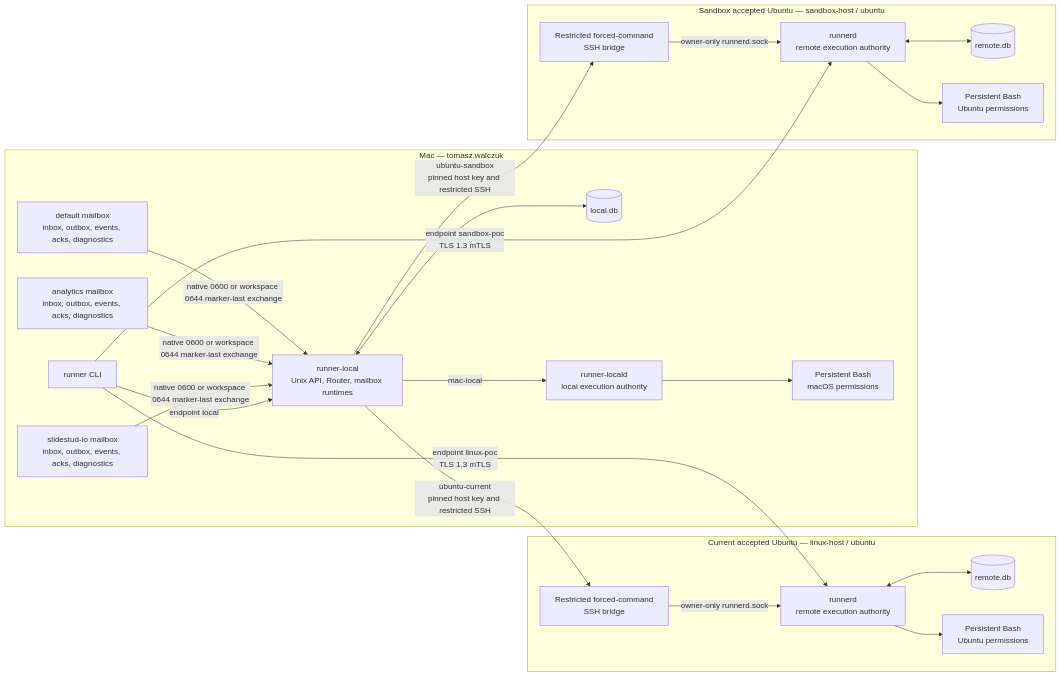
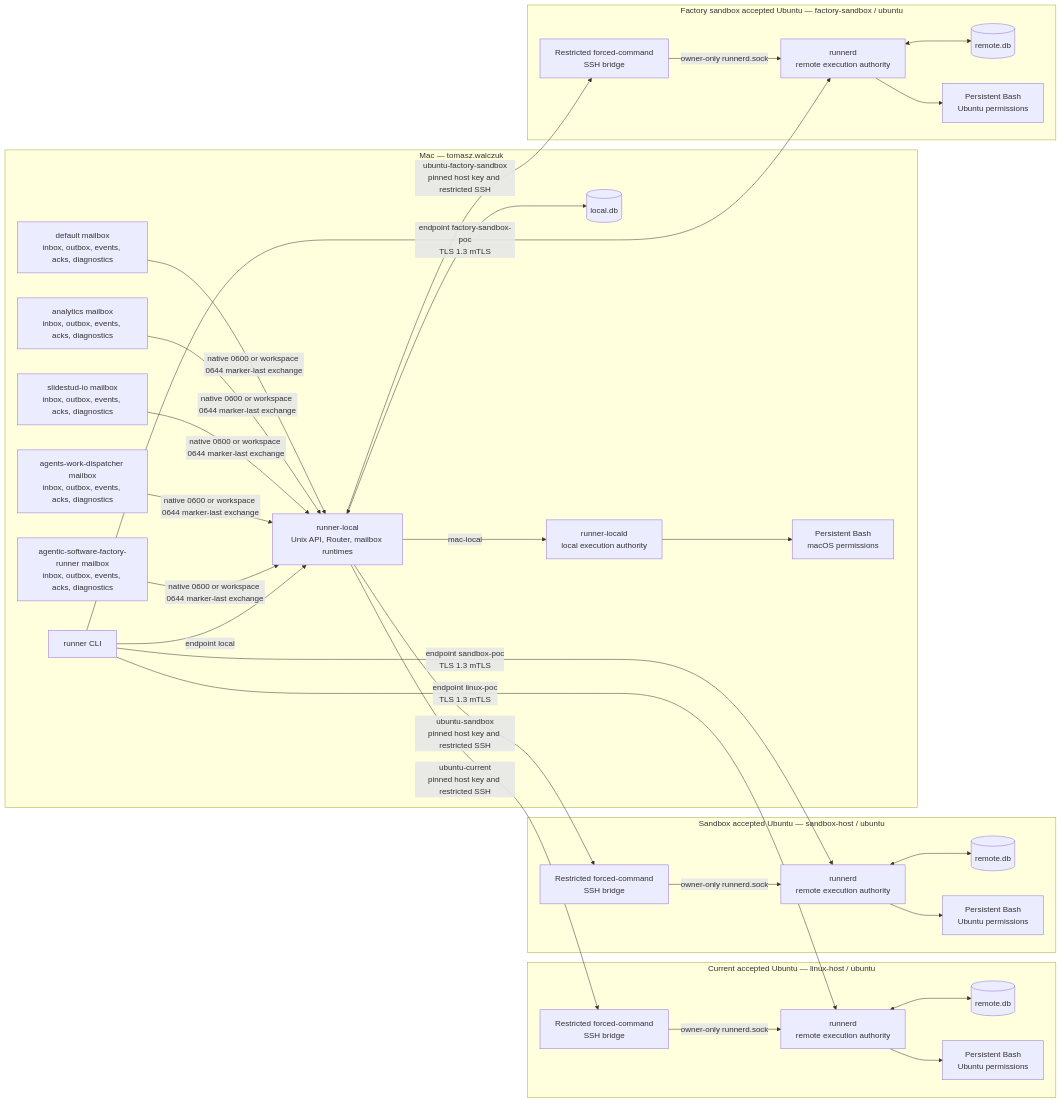
The first of 7 diagrams in docs/architecture.md (gavrilo123456/remote-session-runner), drawn with Mermaid before and after one commit. The commit also changed other lines of this file and 21 other files, not shown here.

Commit message:
feat(p157): enroll factory sandbox mailbox

````diff
--- a/docs/architecture.md
+++ b/docs/architecture.md
@@ -26,46 +30,62 @@
 ```mermaid
 flowchart LR
   subgraph Mac[Mac — tomasz.walczuk]
     CLI[runner CLI]
     Default[default mailbox\ninbox, outbox, events, acks, diagnostics]
     Analytics[analytics mailbox\ninbox, outbox, events, acks, diagnostics]
     SlideStudio[slidestud-io mailbox\ninbox, outbox, events, acks, diagnostics]
+    Dispatcher[agents-work-dispatcher mailbox\ninbox, outbox, events, acks, diagnostics]
+    Factory[agentic-software-factory-runner mailbox\ninbox, outbox, events, acks, diagnostics]
     Router[runner-local\nUnix API, Router, mailbox runtimes]
     LocalDB[(local.db)]
     LocalD[runner-locald\nlocal execution authority]
     MacBash[Persistent Bash\nmacOS permissions]
 
     Default -->|native 0600 or workspace 0644 marker-last exchange| Router
     Analytics -->|native 0600 or workspace 0644 marker-last exchange| Router
     SlideStudio -->|native 0600 or workspace 0644 marker-last exchange| Router
+    Dispatcher -->|native 0600 or workspace 0644 marker-last exchange| Router
+    Factory -->|native 0600 or workspace 0644 marker-last exchange| Router
     CLI -->|endpoint local| Router
     Router <--> LocalDB
     Router -->|mac-local| LocalD
     LocalD --> MacBash
   end
 
   subgraph CurrentUbuntu[Current accepted Ubuntu — linux-host / ubuntu]
     CurrentSSH[Restricted forced-command\nSSH bridge]
     CurrentRunnerD[runnerd\nremote execution authority]
     CurrentRemoteDB[(remote.db)]
     CurrentLinuxBash[Persistent Bash\nUbuntu permissions]
     CurrentSSH -->|owner-only runnerd.sock| CurrentRunnerD
     CurrentRunnerD <--> CurrentRemoteDB
     CurrentRunnerD --> CurrentLinuxBash
   end
 
   subgraph SandboxUbuntu[Sandbox accepted Ubuntu — sandbox-host / ubuntu]
     SandboxSSH[Restricted forced-command\nSSH bridge]
     SandboxRunnerD[runnerd\nremote execution authority]
     SandboxRemoteDB[(remote.db)]
     SandboxLinuxBash[Persistent Bash\nUbuntu permissions]
     SandboxSSH -->|owner-only runnerd.sock| SandboxRunnerD
     SandboxRunnerD <--> SandboxRemoteDB
     SandboxRunnerD --> SandboxLinuxBash
   end
 
+  subgraph FactoryUbuntu[Factory sandbox accepted Ubuntu — factory-sandbox / ubuntu]
+    FactorySSH[Restricted forced-command\nSSH bridge]
+    FactoryRunnerD[runnerd\nremote execution authority]
+    FactoryRemoteDB[(remote.db)]
+    FactoryLinuxBash[Persistent Bash\nUbuntu permissions]
+    FactorySSH -->|owner-only runnerd.sock| FactoryRunnerD
+    FactoryRunnerD <--> FactoryRemoteDB
+    FactoryRunnerD --> FactoryLinuxBash
+  end
+
   Router -->|ubuntu-current\npinned host key and restricted SSH| CurrentSSH
   Router -->|ubuntu-sandbox\npinned host key and restricted SSH| SandboxSSH
+  Router -->|ubuntu-factory-sandbox\npinned host key and restricted SSH| FactorySSH
   CLI -->|endpoint linux-poc\nTLS 1.3 mTLS| CurrentRunnerD
   CLI -->|endpoint sandbox-poc\nTLS 1.3 mTLS| SandboxRunnerD
+  CLI -->|endpoint factory-sandbox-poc\nTLS 1.3 mTLS| FactoryRunnerD
 ```
````
